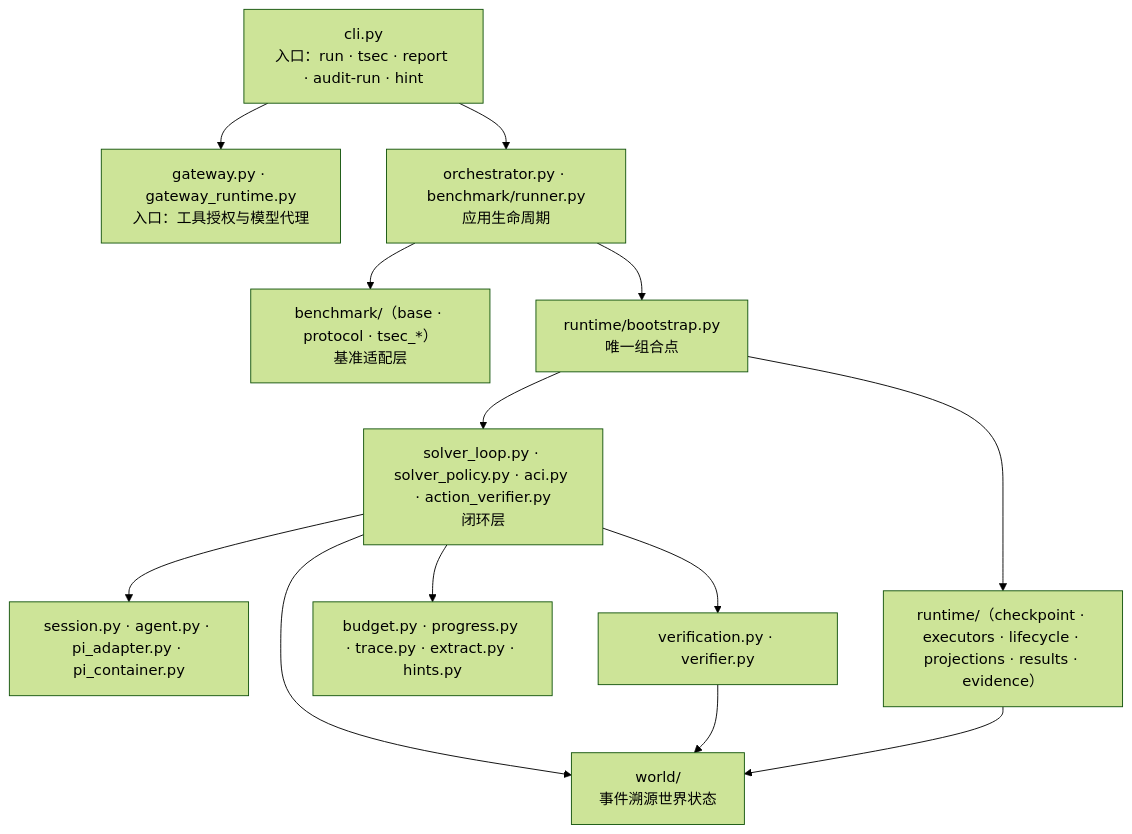
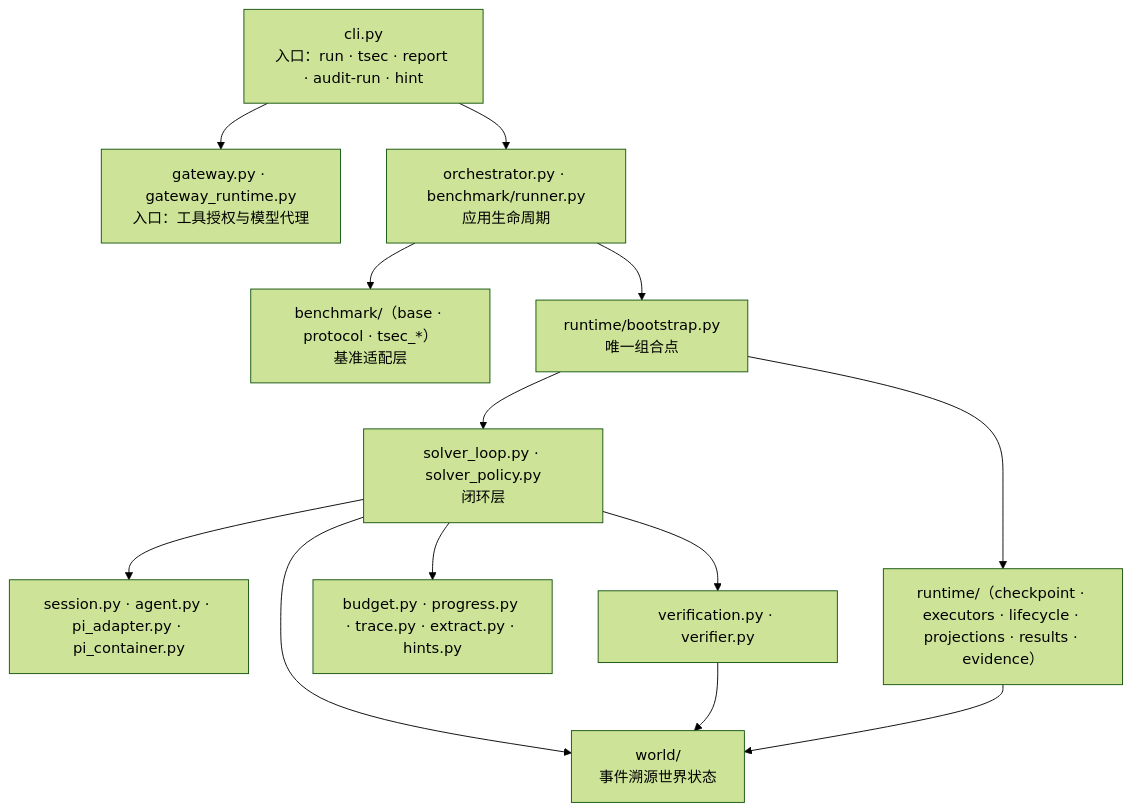
One commit to red-copilot/red-copilot changed the third of 5 diagrams in docs/architecture-map.md. Above: the diagram before and after it, drawn with Mermaid (forest theme). The commit also changed other lines of this file and 38 other files, not shown here.

````diff
--- a/docs/architecture-map.md
+++ b/docs/architecture-map.md
@@ -114,27 +114,27 @@
 ```mermaid
 flowchart TB
     CLI["cli.py<br/>入口：run · tsec · report · audit-run · hint"]
     GW["gateway.py · gateway_runtime.py<br/>入口：工具授权与模型代理"]
     APP["orchestrator.py · benchmark/runner.py<br/>应用生命周期"]
     BEN["benchmark/（base · protocol · tsec_*）<br/>基准适配层"]
     BOOT["runtime/bootstrap.py<br/>唯一组合点"]
-    LOOP["solver_loop.py · solver_policy.py · aci.py · action_verifier.py<br/>闭环层"]
+    LOOP["solver_loop.py · solver_policy.py<br/>闭环层"]
     SESS["session.py · agent.py · pi_adapter.py · pi_container.py"]
     VER["verification.py · verifier.py"]
     ACCT["budget.py · progress.py · trace.py · extract.py · hints.py"]
     RTI["runtime/（checkpoint · executors · lifecycle · projections · results · evidence）"]
     WORLD["world/<br/>事件溯源世界状态"]
 
     CLI --> APP
     CLI --> GW
     APP --> BEN
     APP --> BOOT
     BOOT --> LOOP
     BOOT --> RTI
     LOOP --> SESS
     LOOP --> VER
     LOOP --> ACCT
     LOOP --> WORLD
     VER --> WORLD
     RTI --> WORLD
 ```
````
